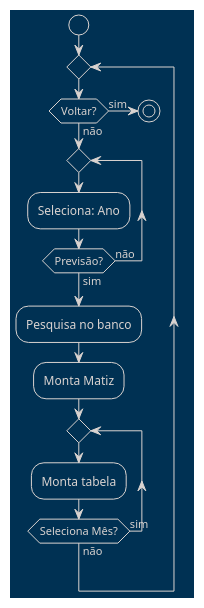
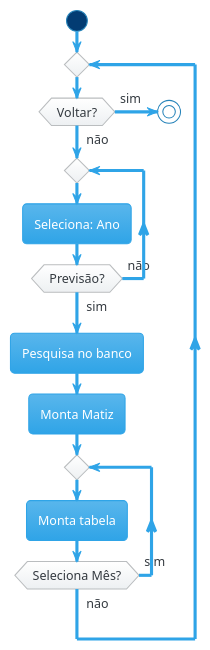
The diagram in docs/uml/Activity/Activity02.plantuml (Flaigor/SalesHistoryManager), drawn with PlantUML before and after one commit. The commit also changed 22 other files, not shown here.

Commit message:
Novos diagramas para a documentação

```diff
--- a/docs/uml/Activity/Activity02.plantuml
+++ b/docs/uml/Activity/Activity02.plantuml
@@ -1,18 +1,18 @@
 @startuml
-!theme blueprint
+!theme cerulean
 start
 repeat
 	if (Voltar?) then (sim)
 		stop
 	else (não)
 		repeat
 			:Seleciona: Ano;
 		repeat while (Previsão?) is (não) not (sim)
 	endif
 	:Pesquisa no banco;
 	:Monta Matiz;
 	repeat
 		:Monta tabela;
 	repeat while (Seleciona Mês?) is (sim) not (não)
 repeat while
 @enduml
```
